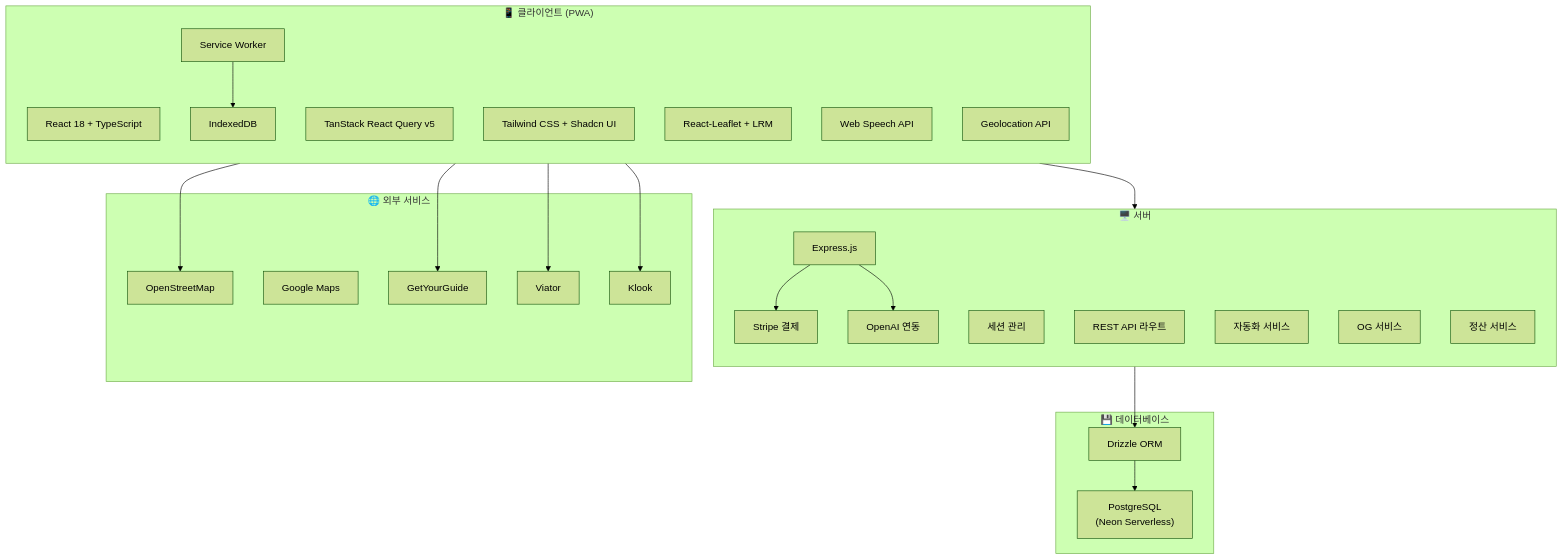
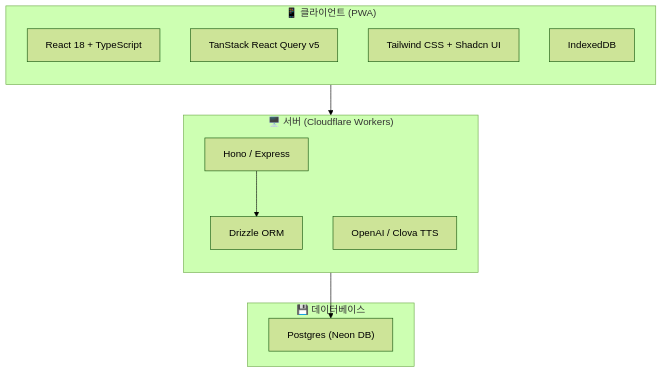
One commit to maibauntourph-collab/GPS-Cruise-Tour-AudioGuideNo-Wifi changed the diagram in docs/TECHNICAL_SPEC.md. Above: the diagram before and after it, drawn with Mermaid (forest theme). The commit also changed other lines of this file and 11 other files, not shown here.

````diff
--- a/docs/TECHNICAL_SPEC.md
+++ b/docs/TECHNICAL_SPEC.md
@@ -15,49 +20,24 @@
 ```mermaid
 graph TB
     subgraph Client["📱 클라이언트 (PWA)"]
         direction TB
         UI["React 18 + TypeScript"]
         RQ["TanStack React Query v5"]
         TW["Tailwind CSS + Shadcn UI"]
-        MAP["React-Leaflet + LRM"]
-        TTS["Web Speech API"]
-        SW["Service Worker"]
         IDB["IndexedDB"]
-        GEO["Geolocation API"]
     end
     
-    subgraph Server["🖥️ 서버"]
+    subgraph Server["🖥️ 서버 (Cloudflare Workers)"]
         direction TB
-        EXP["Express.js"]
-        AUTH["세션 관리"]
-        ROUTES["REST API 라우트"]
-        STRIPE["Stripe 결제"]
-        OAI["OpenAI 연동"]
-        AUTO["자동화 서비스"]
-        OG["OG 서비스"]
-        SETTLE["정산 서비스"]
+        EXP["Hono / Express"]
+        OAI["OpenAI / Clova TTS"]
+        DRIZZLE["Drizzle ORM"]
     end
     
     subgraph DB["💾 데이터베이스"]
-        PG["PostgreSQL<br/>(Neon Serverless)"]
-        DRIZZLE["Drizzle ORM"]
-    end
-    
-    subgraph External["🌐 외부 서비스"]
-        OSM["OpenStreetMap"]
-        GM["Google Maps"]
-        GYG["GetYourGuide"]
-        VIA["Viator"]
-        KLK["Klook"]
+        PG["Postgres (Neon DB)"]
     end
     
     UI --> EXP
-    SW --> IDB
-    MAP --> OSM
     EXP --> DRIZZLE --> PG
-    EXP --> STRIPE
-    EXP --> OAI
-    UI --> GYG
-    UI --> VIA
-    UI --> KLK
 ```
````
